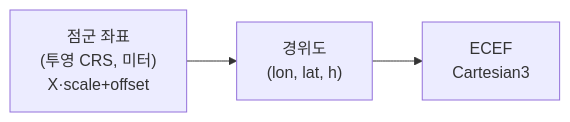
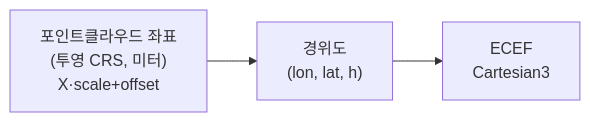
One commit to thissak/copc-cesium changed the diagram in docs/learn/04-coordinate-systems.md. Above: the diagram before and after it, drawn with Mermaid. The commit also changed other lines of this file and 25 other files, not shown here.

````diff
--- a/docs/learn/04-coordinate-systems.md
+++ b/docs/learn/04-coordinate-systems.md
@@ -30,5 +30,5 @@
 ```mermaid
 flowchart LR
-    A["점군 좌표<br/>(투영 CRS, 미터)<br/>X·scale+offset"] --> B["경위도<br/>(lon, lat, h)"]
+    A["포인트클라우드 좌표<br/>(투영 CRS, 미터)<br/>X·scale+offset"] --> B["경위도<br/>(lon, lat, h)"]
     B --> C["ECEF<br/>Cartesian3"]
 ```
````
